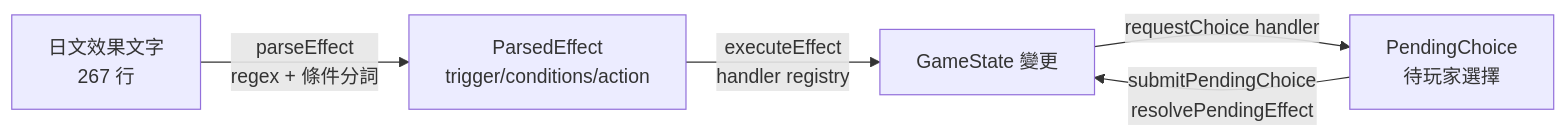
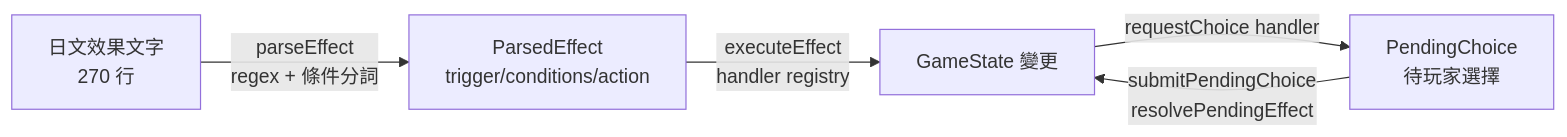
Before and after one commit to lyangjyehaur/zutomayo-card-online: the third of 4 diagrams in docs/ARCHITECTURE.md, drawn with Mermaid. The commit also changed other lines of this file and 30 other files, not shown here.

````diff
--- a/docs/ARCHITECTURE.md
+++ b/docs/ARCHITECTURE.md
@@ -420,7 +420,7 @@
 ```mermaid
 flowchart LR
-    JP[日文效果文字\n267 行] -->|parseEffect\nregex + 條件分詞| Parsed[ParsedEffect\ntrigger/conditions/action]
+    JP[日文效果文字\n270 行] -->|parseEffect\nregex + 條件分詞| Parsed[ParsedEffect\ntrigger/conditions/action]
     Parsed -->|executeEffect\nhandler registry| State[GameState 變更]
     State -->|requestChoice handler| Pending[PendingChoice\n待玩家選擇]
     Pending -->|submitPendingChoice\nresolvePendingEffect| State
 ```
````
